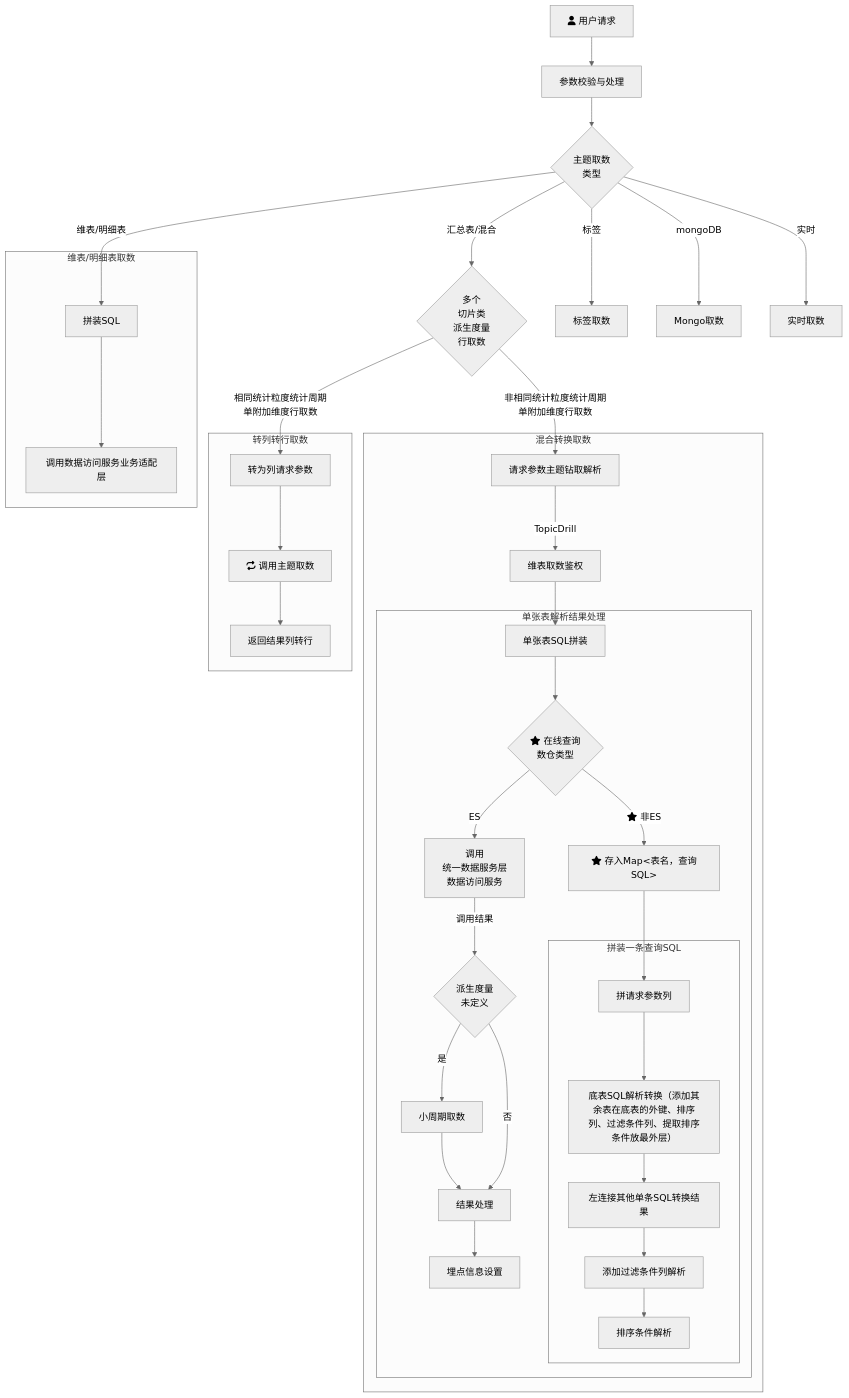
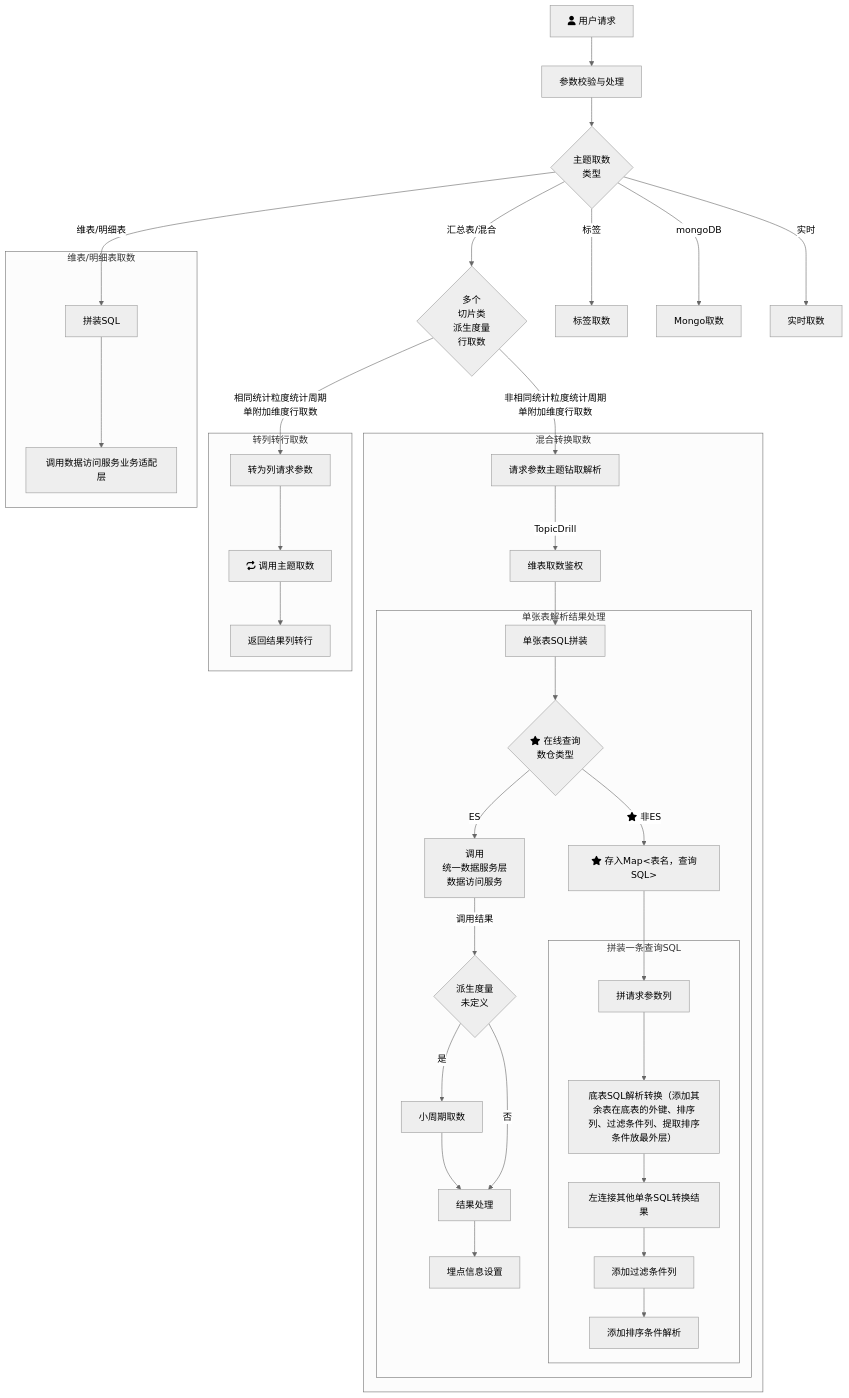
Before and after one commit to yanglosm/iodraw-files: the diagram in all/未命名.md, drawn with Mermaid (neutral theme).

Commit message:
2024-11-29 19:40:01 update

````diff
--- a/all/未命名.md
+++ b/all/未命名.md
@@ -1,30 +1,30 @@
 ```mermaid
 flowchart TD
     A[fa:fa-user 用户请求] -->A1[参数校验与处理] --> B{主题取数\n类型}
     B -->|维表/明细表| D[拼装SQL]
     B -->|汇总表/混合| E{多个\n切片类\n派生度量\n行取数}
     B -->|标签| F[标签取数]
     B -->|mongoDB| G[Mongo取数]
     B -->|实时| H[实时取数]
     E -->|相同统计粒度统计周期\n单附加维度行取数| E1[转为列请求参数]
     E -->|非相同统计粒度统计周期\n单附加维度行取数| T1[请求参数主题钻取解析]
     subgraph 维表/明细表取数
     D-->D1[调用数据访问服务业务适配层]
     end
     subgraph 转列转行取数
     E1-->E11[fa:fa-repeat 调用主题取数]-->E12[返回结果列转行]
     end
     subgraph 混合转换取数
     T1-->|TopicDrill| T2[维表取数鉴权] --> T31[单张表SQL拼装]
         subgraph 单张表解析结果处理
         T31 --> T4{fa:fa-star 在线查询\n数仓类型}-->|ES|T32[调用\n统一数据服务层\n数据访问服务] --> |调用结果|T33{派生度量\n未定义}
         T33 --> |是|T33_1[小周期取数]-->T34[结果处理]-->T35[埋点信息设置]
         T33 --> |否|T34
         T4 --> |fa:fa-star 非ES|T41["fa:fa-star 存入Map<表名，查询SQL>"]
         T41 --> T42[拼请求参数列]
             subgraph 拼装一条查询SQL
-            T42 --> M1[底表SQL解析转换（添加其余表在底表的外键、排序列、过滤条件列、提取排序条件放最外层）] --> M2[左连接其他单条SQL转换结果] --> 添加过滤条件列解析 --> 排序条件解析
+            T42 --> M1[底表SQL解析转换（添加其余表在底表的外键、排序列、过滤条件列、提取排序条件放最外层）] --> M2[左连接其他单条SQL转换结果] --> 添加过滤条件列 --> 添加排序条件解析
             end
         end
     end
 ```
````
